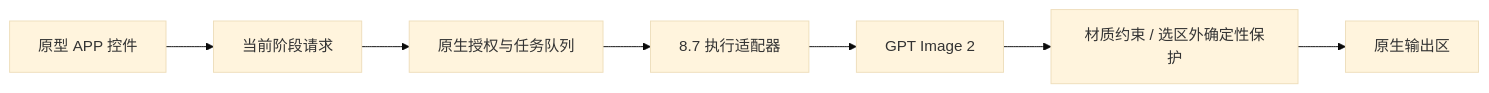
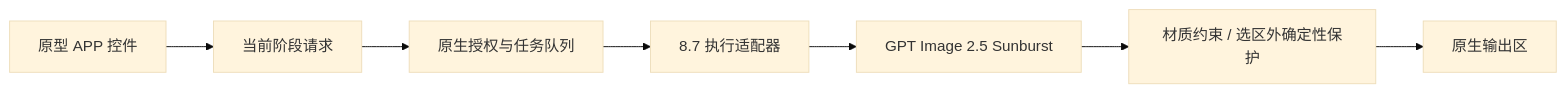
The diagram in nodes/badge_app_87/README.md (TeutonicMepheles/ComfyUI-DAELab-Custom-Nodes-Library), drawn with Mermaid (base theme) before and after one commit. The commit also changed other lines of this file and 44 other files, not shown here.

````diff
--- a/nodes/badge_app_87/README.md
+++ b/nodes/badge_app_87/README.md
@@ -45,9 +45,9 @@
 ```mermaid
 flowchart LR
   A[原型 APP 控件] --> B[当前阶段请求]
   B --> C[原生授权与任务队列]
   C --> D[8.7 执行适配器]
-  D --> E[GPT Image 2]
+  D --> E[GPT Image 2.5 Sunburst]
   E --> F[材质约束 / 选区外确定性保护]
   F --> G[原生输出区]
 ```
````
